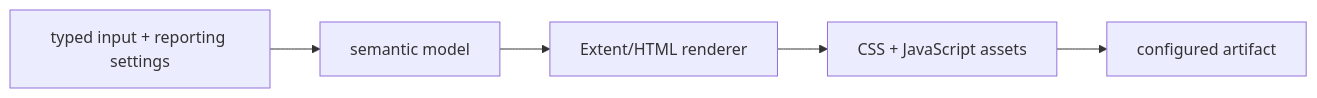
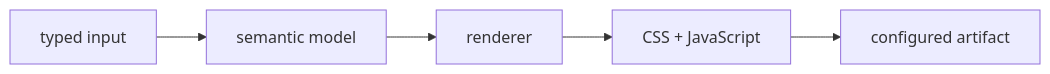
The third of 3 diagrams in atf-reporting/README.md (crististefanita/demo2), drawn with Mermaid before and after one commit. The commit also changed other lines of this file and 132 other files, not shown here.

Commit message:
Refine Java ATF reporting assets and Practice Shop validation

````diff
--- a/atf-reporting/README.md
+++ b/atf-reporting/README.md
@@ -424,7 +428,7 @@
 ```mermaid
 flowchart LR
-    Input[typed input + reporting settings] --> Model[semantic model]
-    Model --> Render[Extent/HTML renderer]
-    Render --> Assets[CSS + JavaScript assets]
+    Input[typed input] --> Model[semantic model]
+    Model --> Render[renderer]
+    Render --> Assets[CSS + JavaScript]
     Assets --> Output[configured artifact]
 ```
````
